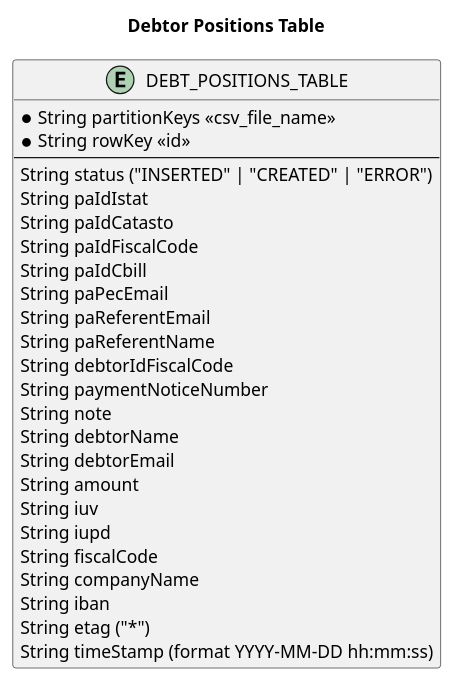
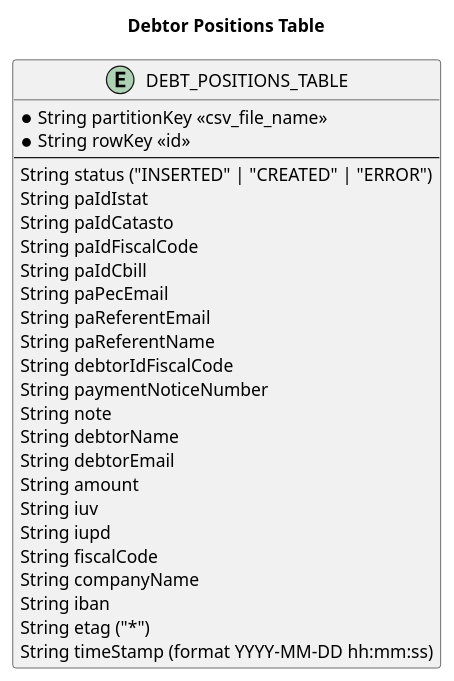
Before and after one commit to pagopa/pagopa-canone-unico: the diagram in docs/DEBT_POSITIONS_TABLE.puml, drawn with PlantUML. The commit also changed 6 other files, not shown here.

```diff
--- a/docs/DEBT_POSITIONS_TABLE.puml
+++ b/docs/DEBT_POSITIONS_TABLE.puml
@@ -1,33 +1,33 @@
 @startuml Table
 
 title Debtor Positions Table
 
 entity DEBT_POSITIONS_TABLE {
-  * String partitionKeys <<csv_file_name>>
+  * String partitionKey <<csv_file_name>>
   * String rowKey <<id>>
   --
     String status ("INSERTED" | "CREATED" | "ERROR")
     String paIdIstat
     String paIdCatasto
     String paIdFiscalCode
     String paIdCbill
     String paPecEmail
     String paReferentEmail
     String paReferentName
     String debtorIdFiscalCode
     String paymentNoticeNumber
     String note
     String debtorName
     String debtorEmail
     String amount
     String iuv
     String iupd
     String fiscalCode
     String companyName
     String iban
     String etag ("*")
     String timeStamp (format YYYY-MM-DD hh:mm:ss)
 }
 
 
 @enduml
```
